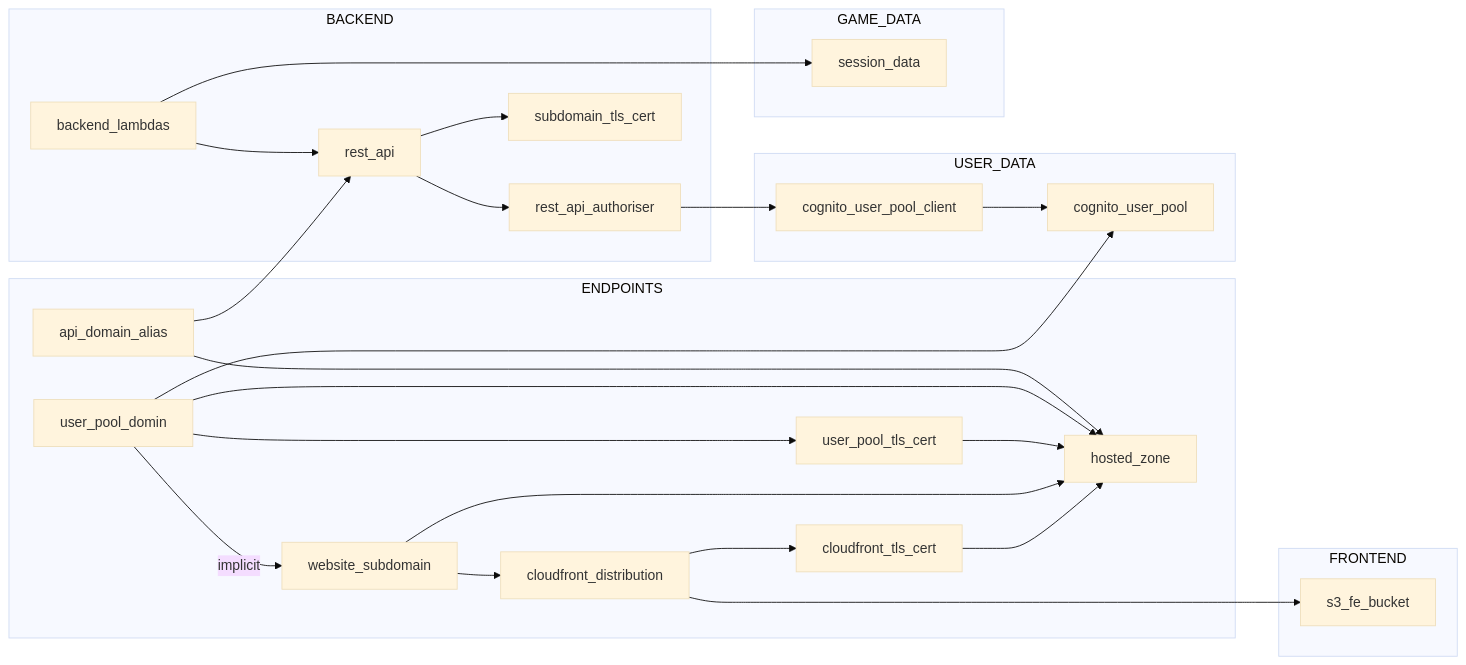
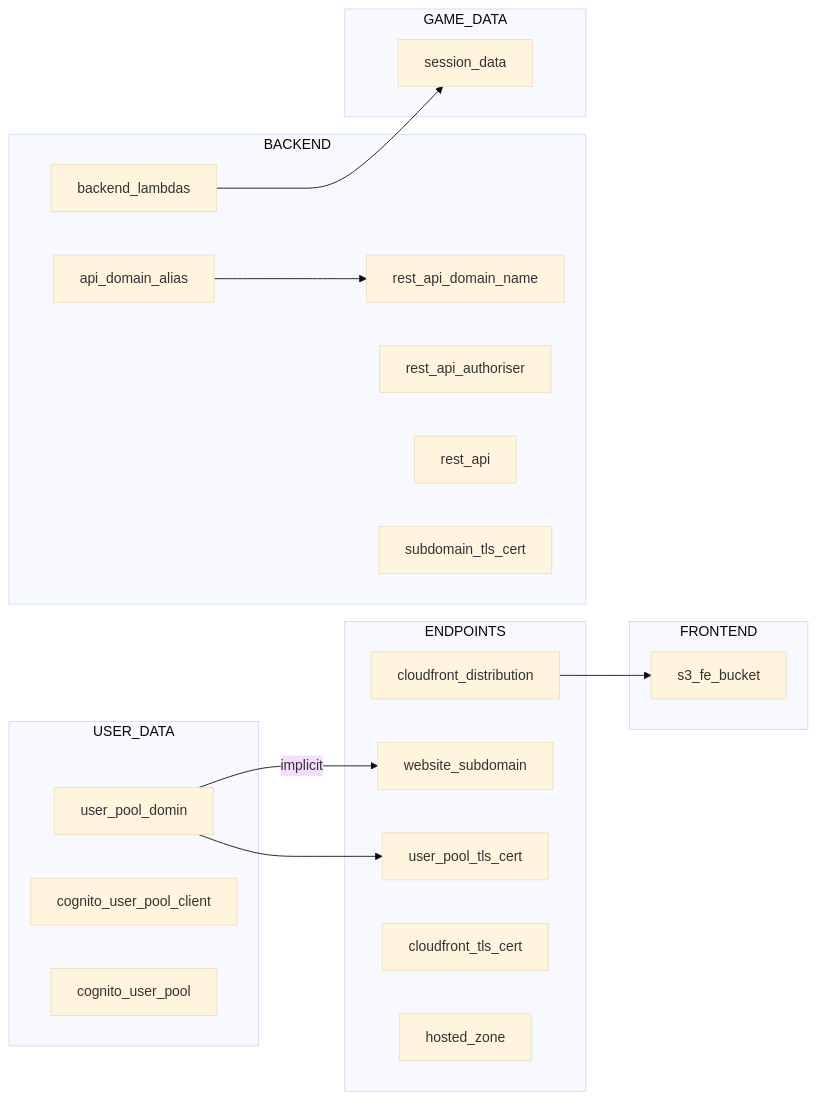
Before and after one commit to theUltimateZoltan/TGOB: the diagram in cards_dev/cards_dev/services_graph.md, drawn with Mermaid (base theme). The commit also changed other lines of this file and 3 other files, not shown here.

````diff
--- a/cards_dev/cards_dev/services_graph.md
+++ b/cards_dev/cards_dev/services_graph.md
@@ -1,48 +1,36 @@
 ```mermaid
 graph LR
     
-    cloudfront_tls_cert-->hosted_zone;
-    website_subdomain-->cloudfront_distribution;
-    cloudfront_distribution-->cloudfront_tls_cert;
-    cloudfront_distribution---->s3_fe_bucket;
+    backend_lambdas-->session_data;
+    api_domain_alias-->rest_api_domain_name;
+    cloudfront_distribution-->s3_fe_bucket;
     user_pool_domin--implicit-->website_subdomain;
-    website_subdomain-->hosted_zone;
     user_pool_domin-->user_pool_tls_cert;
-    user_pool_tls_cert-->hosted_zone;
-    user_pool_domin-->hosted_zone;
-    api_domain_alias-->rest_api;
-    api_domain_alias-->hosted_zone;
-    rest_api-->rest_api_authoriser;
-    backend_lambdas-->rest_api;
-    rest_api-->subdomain_tls_cert;
-    rest_api_authoriser-->cognito_user_pool_client;
-    cognito_user_pool_client-->cognito_user_pool;
-    user_pool_domin-->cognito_user_pool;
-    backend_lambdas---->session_data;
 
     subgraph ENDPOINTS
         cloudfront_tls_cert;
         hosted_zone;
         cloudfront_distribution;
-        user_pool_domin;
         user_pool_tls_cert;
-        api_domain_alias;
         website_subdomain;
     end
     subgraph USER_DATA
         cognito_user_pool_client;
         cognito_user_pool;
+        user_pool_domin;
     end
     subgraph BACKEND
         rest_api_authoriser;
         rest_api;
+        rest_api_domain_name;
         backend_lambdas;
+        api_domain_alias;
         subdomain_tls_cert;
     end
     subgraph GAME_DATA
         session_data;
     end
     subgraph FRONTEND
         s3_fe_bucket;
     end    
 ```
````
